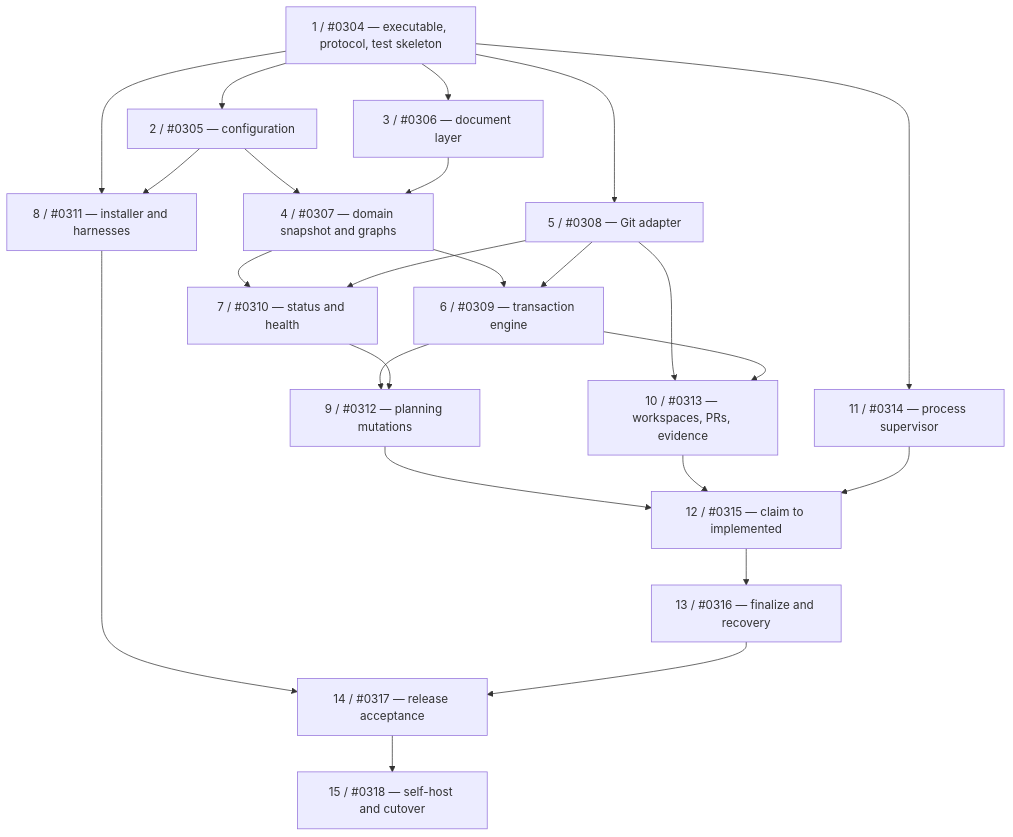
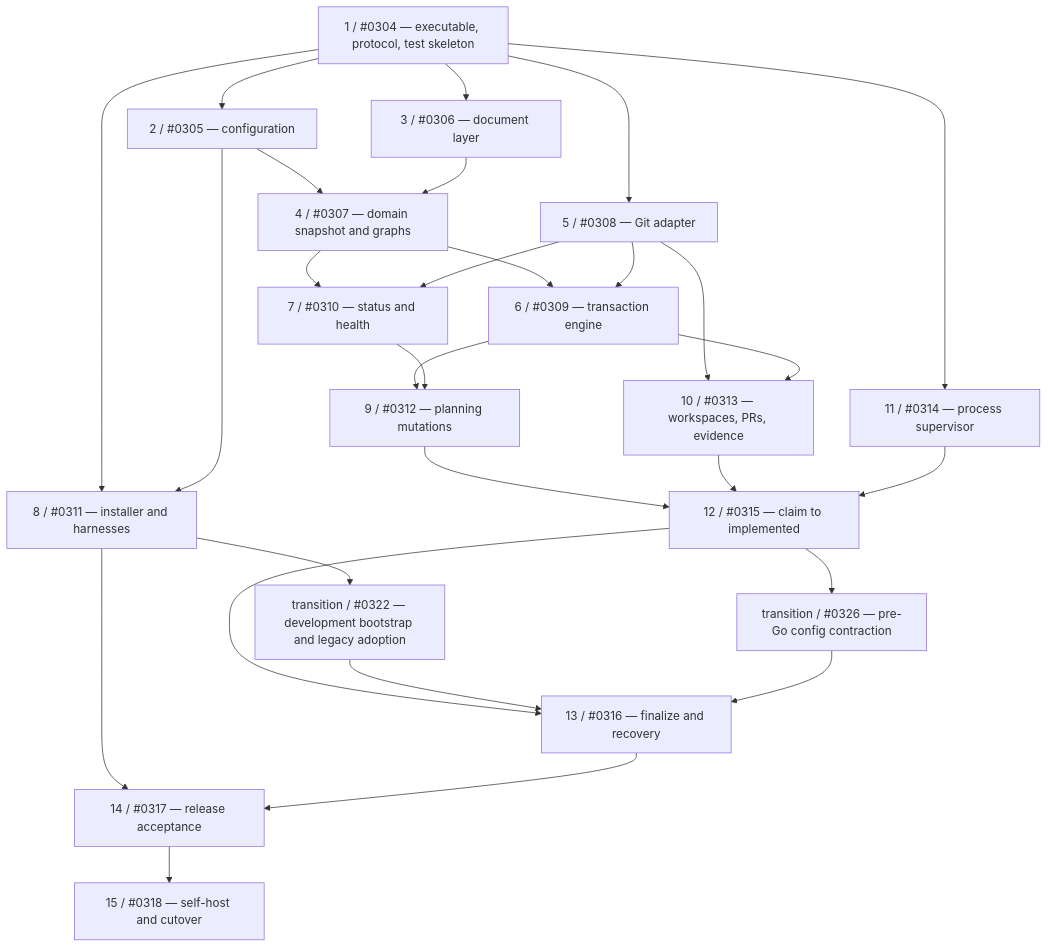
Before and after one commit to danielhanold/docket: the diagram in docs/superpowers/specs/2026-08-12-go-migration-program-map.md, drawn with Mermaid. The commit also changed other lines of this file and 7 other files, not shown here.

````diff
--- a/docs/superpowers/specs/2026-08-12-go-migration-program-map.md
+++ b/docs/superpowers/specs/2026-08-12-go-migration-program-map.md
@@ -77,42 +113,48 @@
 ```mermaid
 flowchart TD
     C1["1 / #0304 — executable, protocol, test skeleton"]
     C2["2 / #0305 — configuration"]
     C3["3 / #0306 — document layer"]
     C4["4 / #0307 — domain snapshot and graphs"]
     C5["5 / #0308 — Git adapter"]
     C6["6 / #0309 — transaction engine"]
     C7["7 / #0310 — status and health"]
     C8["8 / #0311 — installer and harnesses"]
     C9["9 / #0312 — planning mutations"]
     C10["10 / #0313 — workspaces, PRs, evidence"]
     C11["11 / #0314 — process supervisor"]
     C12["12 / #0315 — claim to implemented"]
     C13["13 / #0316 — finalize and recovery"]
     C14["14 / #0317 — release acceptance"]
     C15["15 / #0318 — self-host and cutover"]
+    T1["transition / #0322 — development bootstrap and legacy adoption"]
+    T2["transition / #0326 — pre-Go config contraction"]
 
     C1 --> C2
     C1 --> C3
     C1 --> C5
     C1 --> C8
     C1 --> C11
     C2 --> C4
     C3 --> C4
     C2 --> C8
     C4 --> C6
     C5 --> C6
     C4 --> C7
     C5 --> C7
     C6 --> C9
     C7 --> C9
     C5 --> C10
     C6 --> C10
     C9 --> C12
     C10 --> C12
     C11 --> C12
     C12 --> C13
+    C8 --> T1
+    C12 --> T2
+    T1 --> C13
+    T2 --> C13
     C8 --> C14
     C13 --> C14
     C14 --> C15
 ```
````
